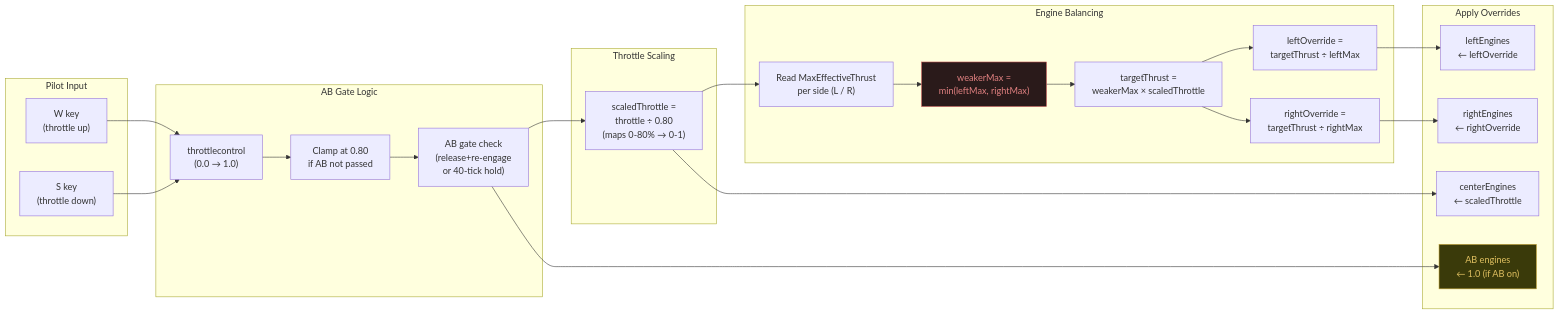
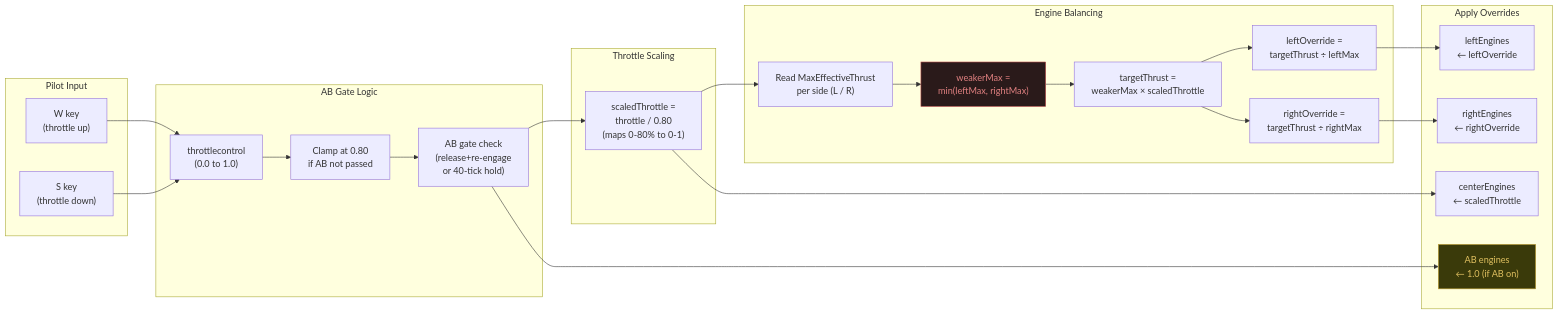
One commit to Terilia/JetOS changed the fourth of 4 diagrams in docs/propulsion.md. Above: the diagram before and after it, drawn with Mermaid. The commit also changed other lines of this file and 4 other files, not shown here.

````diff
--- a/docs/propulsion.md
+++ b/docs/propulsion.md
@@ -127,44 +119,44 @@
 ```mermaid
 flowchart LR
     subgraph input ["Pilot Input"]
         W["W key\n(throttle up)"]
         S["S key\n(throttle down)"]
     end
 
     subgraph gate ["AB Gate Logic"]
-        TC["throttlecontrol\n(0.0 → 1.0)"]
+        TC["throttlecontrol\n(0.0 to 1.0)"]
         CLAMP["Clamp at 0.80\nif AB not passed"]
         AB_CHECK["AB gate check\n(release+re-engage\nor 40-tick hold)"]
     end
 
     subgraph scale ["Throttle Scaling"]
-        SCALE["scaledThrottle =\nthrottle ÷ 0.80\n(maps 0-80% → 0-1)"]
+        SCALE["scaledThrottle =\nthrottle / 0.80\n(maps 0-80% to 0-1)"]
     end
 
     subgraph balance ["Engine Balancing"]
         READ["Read MaxEffectiveThrust\nper side (L / R)"]
         WEAKER["weakerMax =\nmin(leftMax, rightMax)"]
         TARGET["targetThrust =\nweakerMax × scaledThrottle"]
         OVERRIDE_L["leftOverride =\ntargetThrust ÷ leftMax"]
         OVERRIDE_R["rightOverride =\ntargetThrust ÷ rightMax"]
     end
 
     subgraph apply ["Apply Overrides"]
         SET_L["leftEngines\n← leftOverride"]
         SET_R["rightEngines\n← rightOverride"]
         SET_C["centerEngines\n← scaledThrottle"]
         SET_AB["AB engines\n← 1.0 (if AB on)"]
     end
 
     W --> TC
     S --> TC
     TC --> CLAMP --> AB_CHECK --> SCALE
     SCALE --> READ --> WEAKER --> TARGET
     TARGET --> OVERRIDE_L --> SET_L
     TARGET --> OVERRIDE_R --> SET_R
     SCALE --> SET_C
     AB_CHECK --> SET_AB
 
     style WEAKER fill:#2a1a1a,stroke:#c05050,color:#e08080
     style SET_AB fill:#3a3a0a,stroke:#c0a030,color:#e0c060
 ```
````
